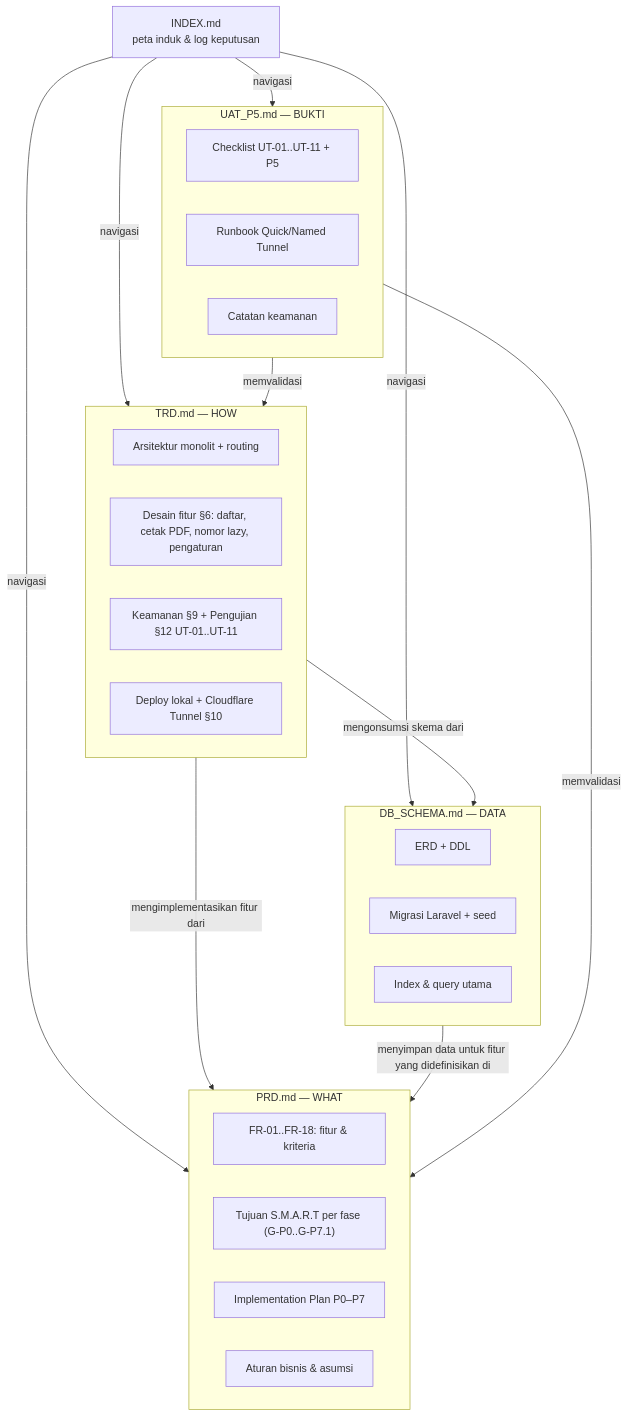
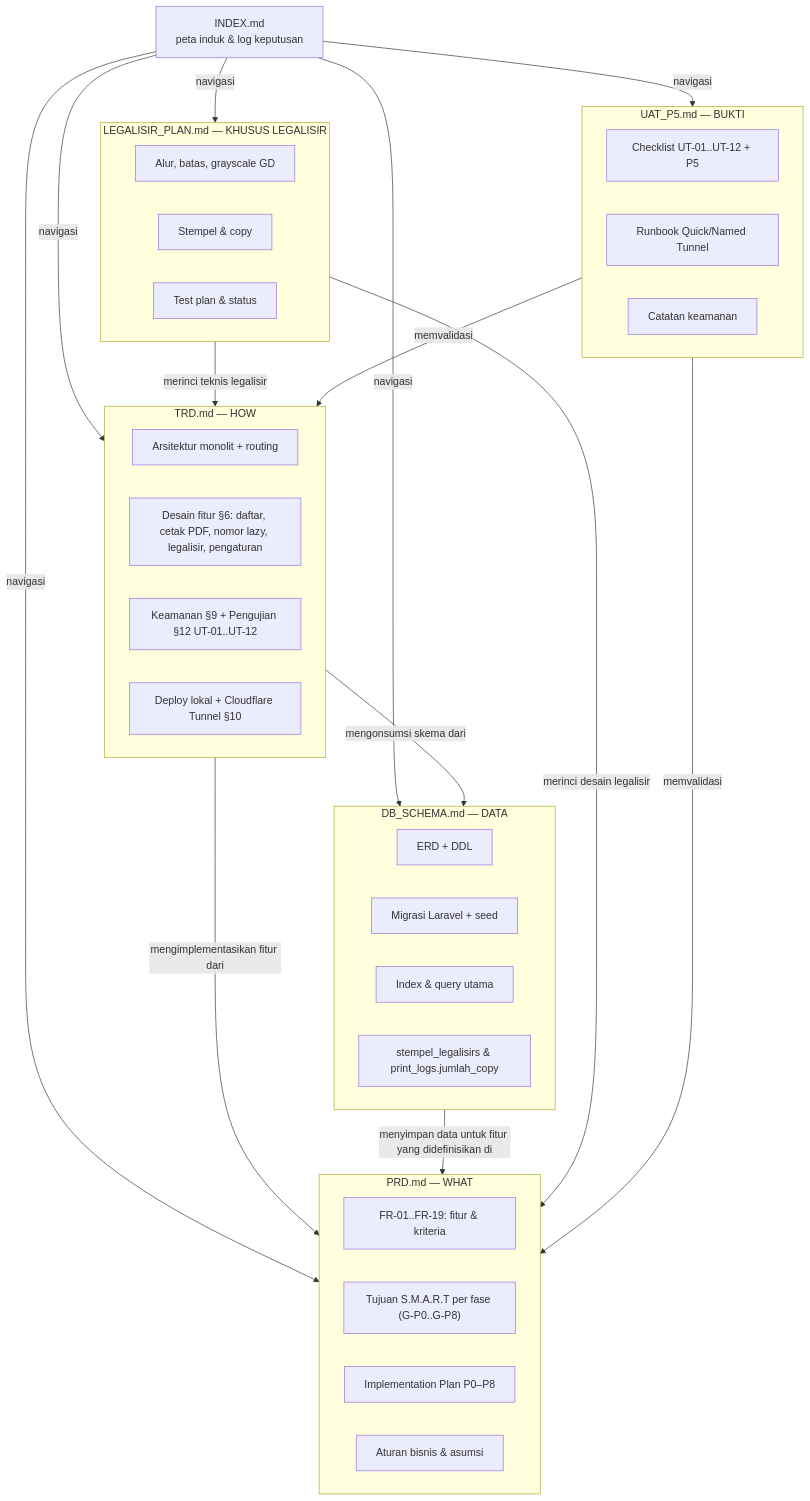
Before and after one commit to SalatID/sistem-cetak-sertifikat: the diagram in docs/INDEX.md, drawn with Mermaid. The commit also changed other lines of this file and 27 other files, not shown here.

````diff
--- a/docs/INDEX.md
+++ b/docs/INDEX.md
@@ -28,41 +29,51 @@
 ```mermaid
 flowchart TD
     INDEX[INDEX.md<br/>peta induk & log keputusan]
 
     subgraph PRD[PRD.md — WHAT]
-        P1[FR-01..FR-18: fitur & kriteria]
-        P2["Tujuan S.M.A.R.T per fase (G-P0..G-P7.1)"]
-        P3[Implementation Plan P0–P7]
+        P1[FR-01..FR-19: fitur & kriteria]
+        P2["Tujuan S.M.A.R.T per fase (G-P0..G-P8)"]
+        P3[Implementation Plan P0–P8]
         P4[Aturan bisnis & asumsi]
     end
 
     subgraph TRD[TRD.md — HOW]
         T1[Arsitektur monolit + routing]
-        T2[Desain fitur §6: daftar, cetak PDF, nomor lazy, pengaturan]
-        T3[Keamanan §9 + Pengujian §12 UT-01..UT-11]
+        T2[Desain fitur §6: daftar, cetak PDF, nomor lazy, legalisir, pengaturan]
+        T3[Keamanan §9 + Pengujian §12 UT-01..UT-12]
         T4[Deploy lokal + Cloudflare Tunnel §10]
     end
 
     subgraph DB[DB_SCHEMA.md — DATA]
         D1[ERD + DDL]
         D2[Migrasi Laravel + seed]
         D3[Index & query utama]
+        D4[stempel_legalisirs & print_logs.jumlah_copy]
+    end
+
+    subgraph PLAN[LEGALISIR_PLAN.md — KHUSUS LEGALISIR]
+        L1[Alur, batas, grayscale GD]
+        L2[Stempel & copy]
+        L3[Test plan & status]
     end
 
     subgraph UAT[UAT_P5.md — BUKTI]
-        U1[Checklist UT-01..UT-11 + P5]
+        U1[Checklist UT-01..UT-12 + P5]
         U2[Runbook Quick/Named Tunnel]
         U3[Catatan keamanan]
     end
 
     INDEX -- "navigasi" --> PRD
     INDEX -- "navigasi" --> TRD
     INDEX -- "navigasi" --> DB
+    INDEX -- "navigasi" --> PLAN
     INDEX -- "navigasi" --> UAT
 
     TRD -- "mengimplementasikan fitur dari" --> PRD
     DB -- "menyimpan data untuk fitur yang didefinisikan di" --> PRD
     TRD -- "mengonsumsi skema dari" --> DB
+    PLAN -- "merinci desain legalisir" --> PRD
+    PLAN -- "merinci teknis legalisir" --> TRD
     UAT -- "memvalidasi" --> PRD
     UAT -- "memvalidasi" --> TRD
 ```
````
